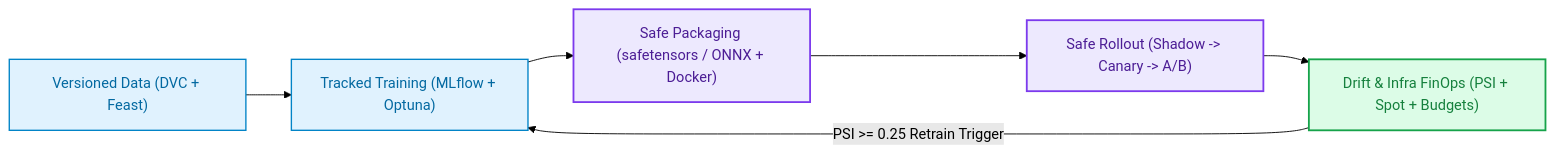
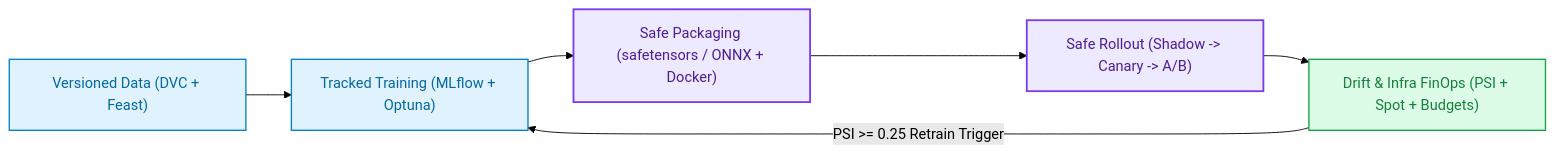
One commit to FirdowsRahaman/agentic-ai-and-ml-roadmap changed the diagram in curriculum/06-production-ai/11_mlops_cloud_and_finops.md. Above: the diagram before and after it, drawn with Mermaid (forest theme). The commit also changed other lines of this file and 12 other files, not shown here.

````diff
--- a/curriculum/06-production-ai/11_mlops_cloud_and_finops.md
+++ b/curriculum/06-production-ai/11_mlops_cloud_and_finops.md
@@ -14,16 +14,16 @@
 ```mermaid
 flowchart LR
     DATA["Versioned Data (DVC + Feast)"] --> TRAIN["Tracked Training (MLflow + Optuna)"]
     TRAIN --> PKG["Safe Packaging (safetensors / ONNX + Docker)"]
     PKG --> DEP["Safe Rollout (Shadow -> Canary -> A/B)"]
     DEP --> MON["Drift & Infra FinOps (PSI + Spot + Budgets)"]
     MON -->|"PSI >= 0.25 Retrain Trigger"| TRAIN
 
     classDef stage fill:#E0F2FE,stroke:#0284C7,stroke-width:1.5px,color:#0369A1;
     classDef prod fill:#EDE9FE,stroke:#7C3AED,stroke-width:2px,color:#4C1D95;
-    classDef guard fill:#DCFCE7,stroke:#16A34A,stroke-width:2px,color:#15803D;
+    classDef guard fill:#DCFCE7,stroke:#16A34A,stroke-width:1.5px,color:#15803D;
 
     class DATA,TRAIN stage;
     class PKG,DEP prod;
     class MON guard;
 ```
````
